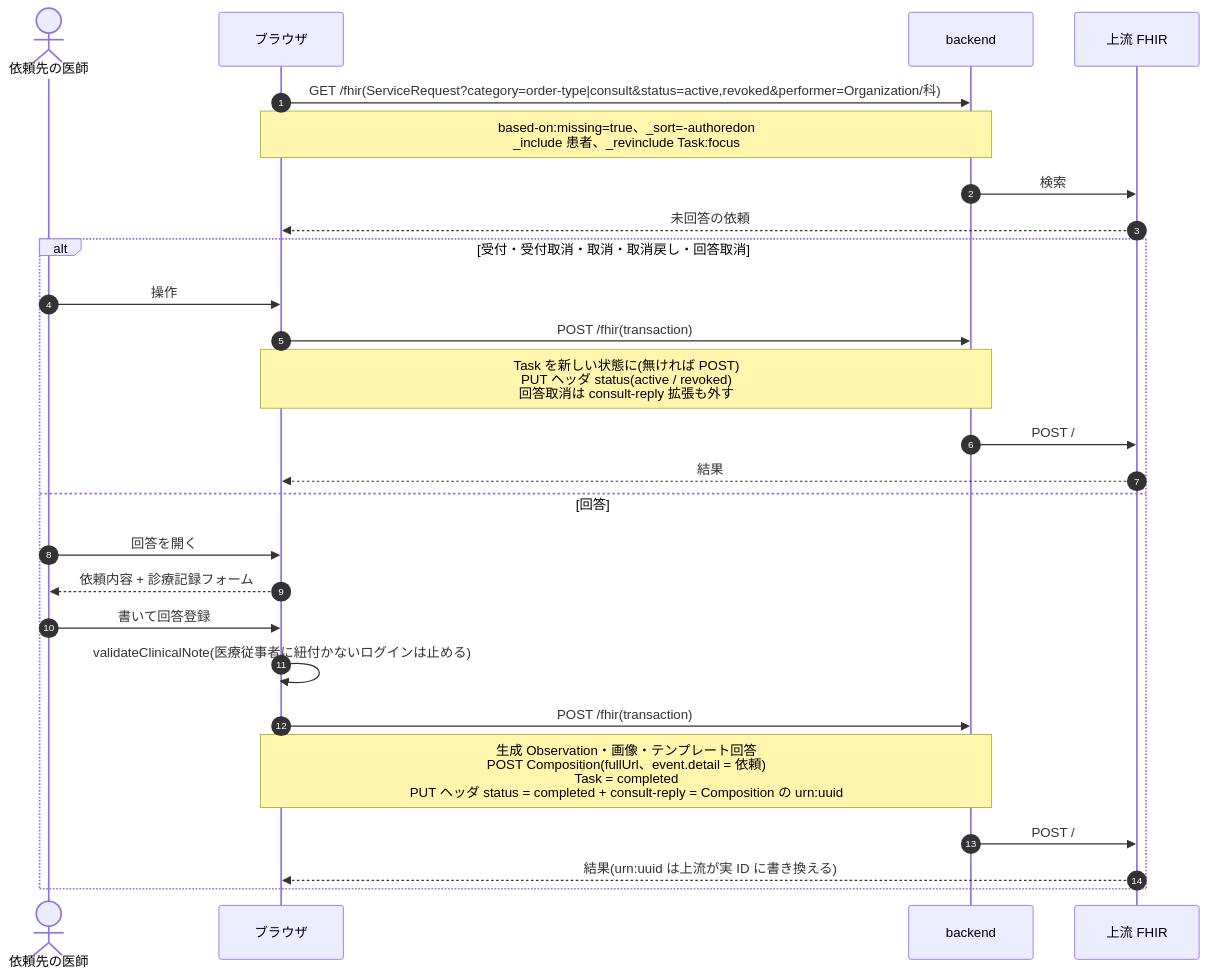
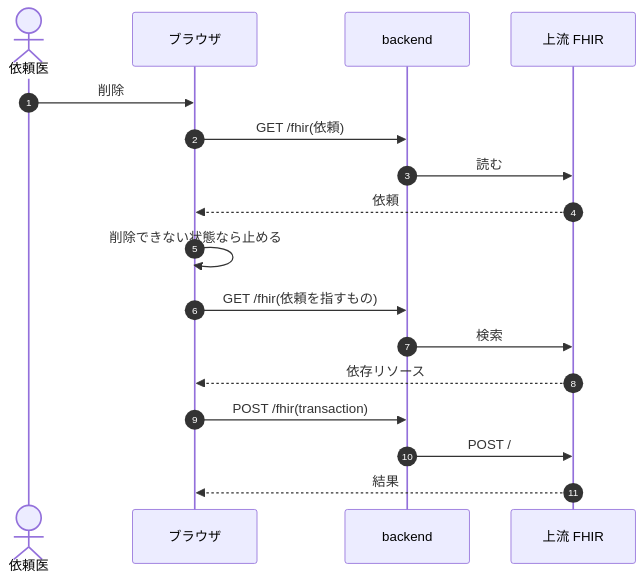
One commit to ysnr-dev/fhir-client-docs changed the third of 11 diagrams in docs/dev/consult-team.md. Above: the diagram before and after it, drawn with Mermaid. The commit also changed other lines of this file and 43 other files, not shown here.

Commit message:
docs: 業務フローとシーケンス図を写し直し

````diff
--- a/docs/dev/consult-team.md
+++ b/docs/dev/consult-team.md
@@ -117,29 +163,20 @@
 ```mermaid
 sequenceDiagram
   autonumber
-  actor Doc as 依頼先の医師
+  actor Dr as 依頼医
   participant UI as ブラウザ
   participant BE as backend
   participant FHIR as 上流 FHIR
 
-  UI->>BE: GET /fhir(ServiceRequest?category=order-type|consult&status=active,revoked&performer=Organization/科)
-  Note over UI,BE: based-on:missing=true、_sort=-authoredon<br/>_include 患者、_revinclude Task:focus
+  Dr->>UI: 削除
+  UI->>BE: GET /fhir(依頼)
+  BE->>FHIR: 読む
+  FHIR-->>UI: 依頼
+  UI->>UI: 削除できない状態なら止める
+  UI->>BE: GET /fhir(依頼を指すもの)
   BE->>FHIR: 検索
-  FHIR-->>UI: 未回答の依頼
-  alt 受付・受付取消・取消・取消戻し・回答取消
-    Doc->>UI: 操作
-    UI->>BE: POST /fhir(transaction)
-    Note over UI,BE: Task を新しい状態に(無ければ POST)<br/>PUT ヘッダ status(active / revoked)<br/>回答取消は consult-reply 拡張も外す
-    BE->>FHIR: POST /
-    FHIR-->>UI: 結果
-  else 回答
-    Doc->>UI: 回答を開く
-    UI-->>Doc: 依頼内容 + 診療記録フォーム
-    Doc->>UI: 書いて回答登録
-    UI->>UI: validateClinicalNote(医療従事者に紐付かないログインは止める)
-    UI->>BE: POST /fhir(transaction)
-    Note over UI,BE: 生成 Observation・画像・テンプレート回答<br/>POST Composition(fullUrl、event.detail = 依頼)<br/>Task = completed<br/>PUT ヘッダ status = completed + consult-reply = Composition の urn:uuid
-    BE->>FHIR: POST /
-    FHIR-->>UI: 結果(urn:uuid は上流が実 ID に書き換える)
-  end
+  FHIR-->>UI: 依存リソース
+  UI->>BE: POST /fhir(transaction)
+  BE->>FHIR: POST /
+  FHIR-->>UI: 結果
 ```
````
